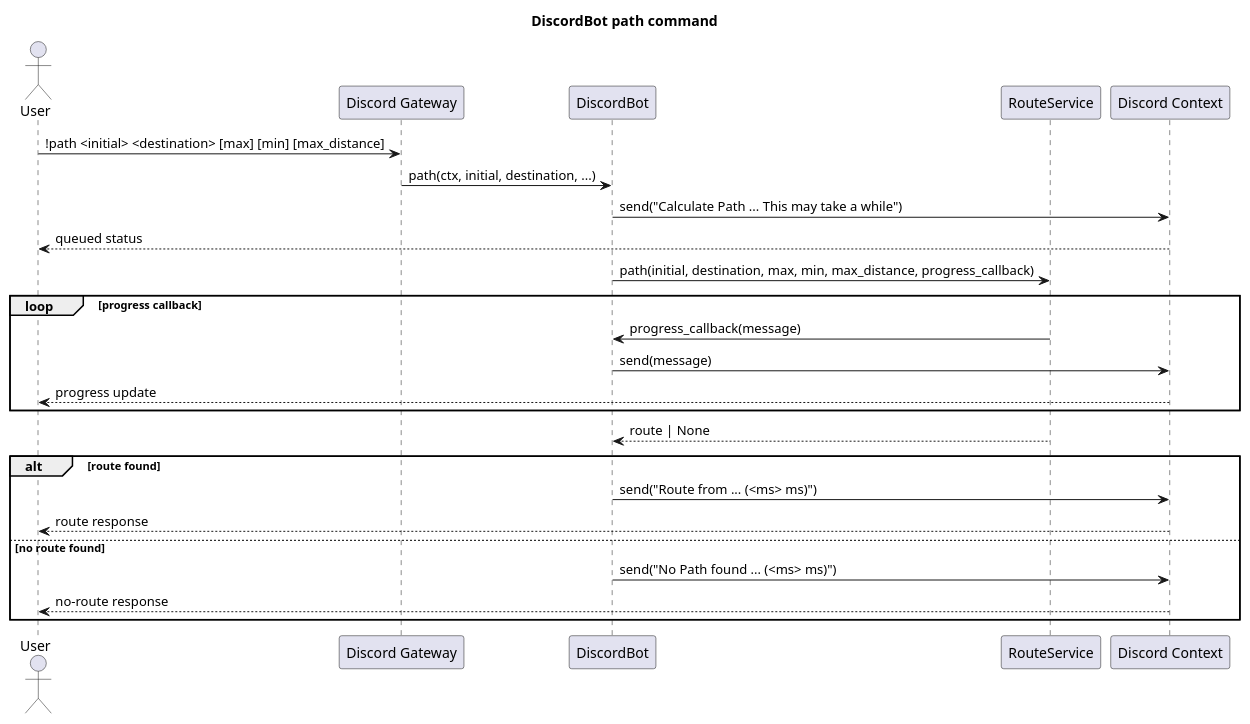
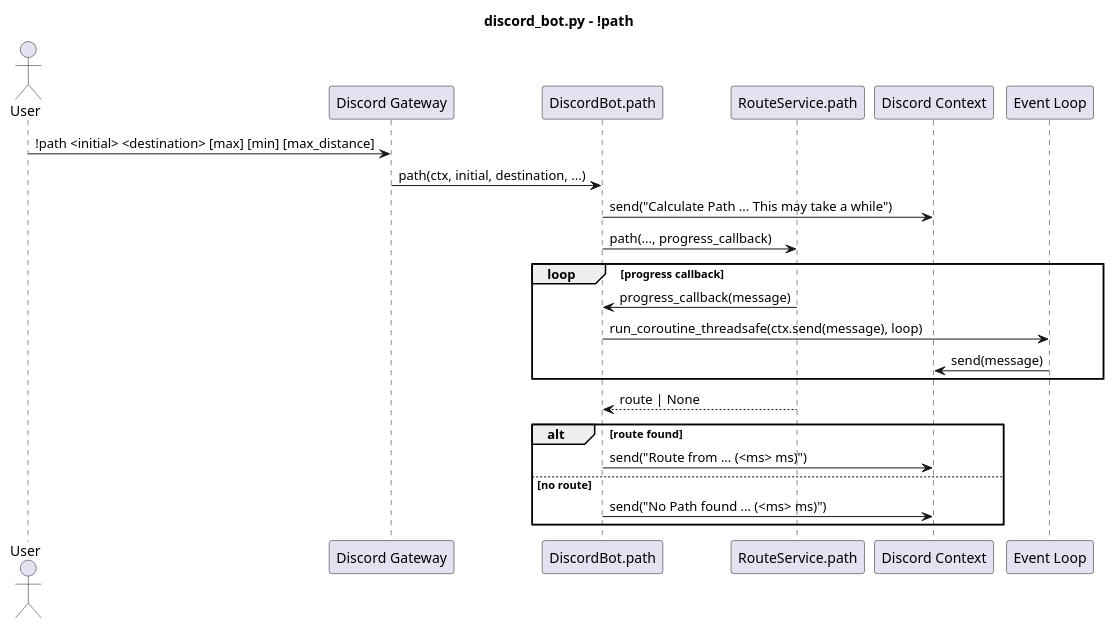
Before and after one commit to fazleskhan/elite_dangerous_discord_tools: the third of 7 diagrams in docs/discord_bot_sequences.puml, drawn with PlantUML. The commit also changed other lines of this file and 23 other files, not shown here.

Commit message:
updated README.md and diagrams

```diff
--- a/docs/discord_bot_sequences.puml
+++ b/docs/discord_bot_sequences.puml
@@ -40,29 +38,28 @@
 @startuml discord_bot_path
-title DiscordBot path command
+title discord_bot.py - !path
+
 actor User
-participant "Discord Gateway" as Discord
-participant "DiscordBot" as Bot
-participant "RouteService" as Route
+participant "Discord Gateway" as Gateway
+participant "DiscordBot.path" as Bot
+participant "RouteService.path" as Route
 participant "Discord Context" as Ctx
+participant "Event Loop" as Loop
 
-User -> Discord : !path <initial> <destination> [max] [min] [max_distance]
-Discord -> Bot : path(ctx, initial, destination, ...)
+User -> Gateway : !path <initial> <destination> [max] [min] [max_distance]
+Gateway -> Bot : path(ctx, initial, destination, ...)
 Bot -> Ctx : send("Calculate Path ... This may take a while")
-Ctx --> User : queued status
+Bot -> Route : path(..., progress_callback)
 
-Bot -> Route : path(initial, destination, max, min, max_distance, progress_callback)
 loop progress callback
   Route -> Bot : progress_callback(message)
-  Bot -> Ctx : send(message)
-  Ctx --> User : progress update
+  Bot -> Loop : run_coroutine_threadsafe(ctx.send(message), loop)
+  Loop -> Ctx : send(message)
 end
+
 Route --> Bot : route | None
-
 alt route found
   Bot -> Ctx : send("Route from ... (<ms> ms)")
-  Ctx --> User : route response
-else no route found
+else no route
   Bot -> Ctx : send("No Path found ... (<ms> ms)")
-  Ctx --> User : no-route response
 end
 @enduml
```
